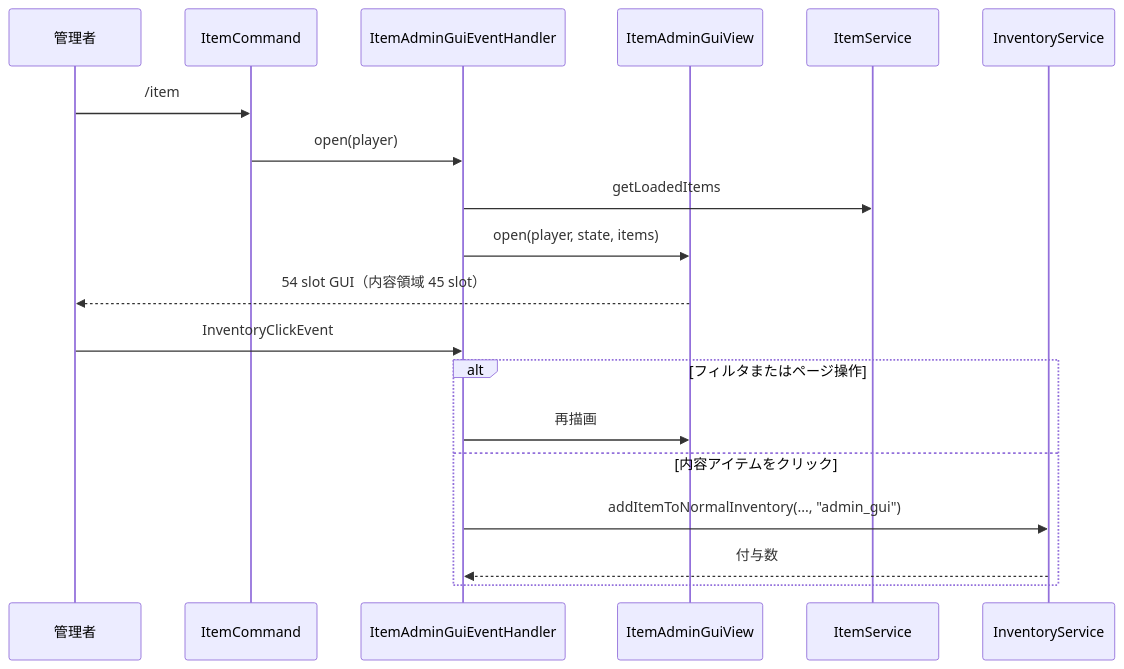
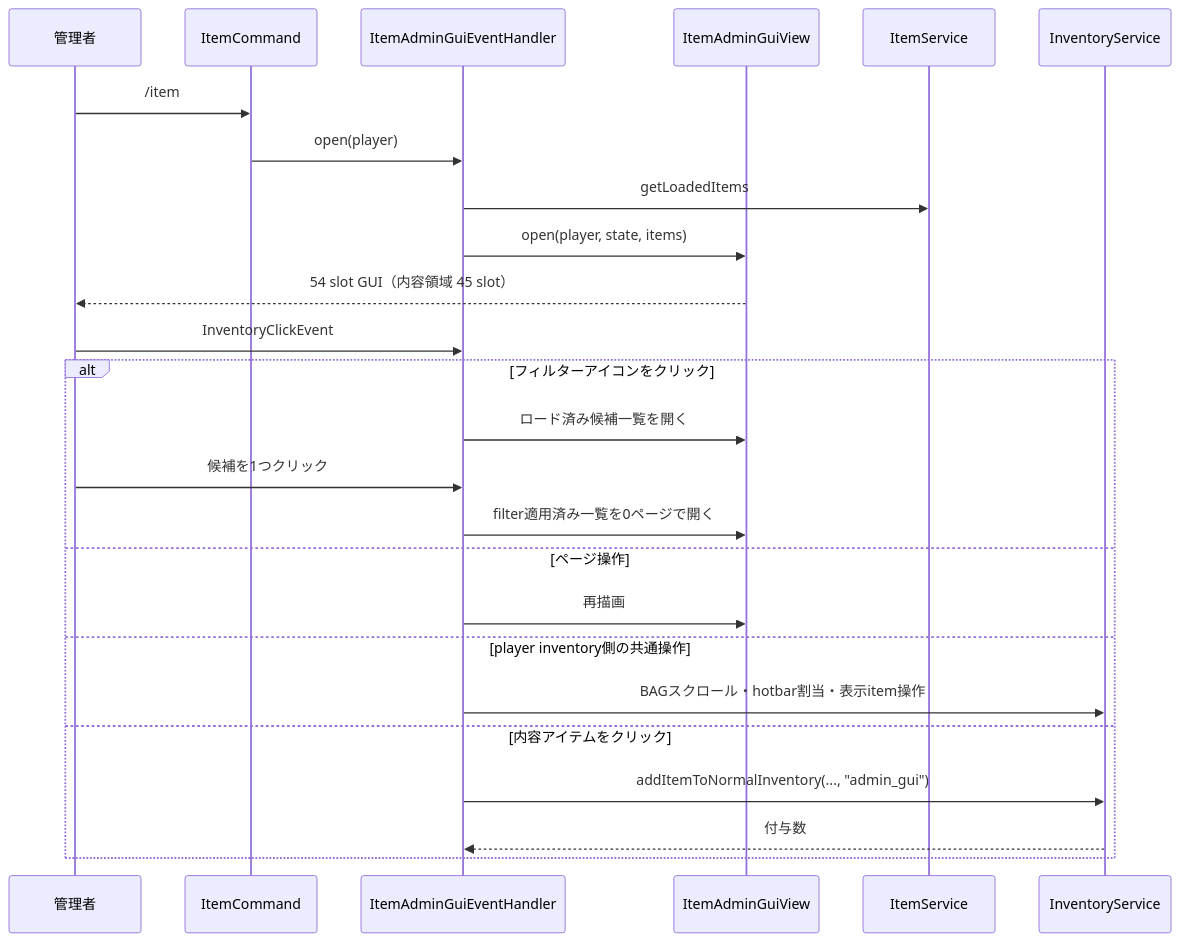
One commit to maaasu/AstralRecord-Workspace changed the fifth of 8 diagrams in 00_docs/10_Plugin設計書/feature/04-item/04_4-統合フロー.md. Above: the diagram before and after it, drawn with Mermaid. The commit also changed other lines of this file and 5 other files, not shown here.

````diff
--- a/00_docs/10_Plugin設計書/feature/04-item/04_4-統合フロー.md
+++ b/00_docs/10_Plugin設計書/feature/04-item/04_4-統合フロー.md
@@ -163,22 +163,28 @@
 ```mermaid
 sequenceDiagram
     participant P as 管理者
     participant C as ItemCommand
     participant H as ItemAdminGuiEventHandler
     participant V as ItemAdminGuiView
     participant IS as ItemService
     participant IV as InventoryService
 
     P->>C: /item
     C->>H: open(player)
     H->>IS: getLoadedItems
     H->>V: open(player, state, items)
     V-->>P: 54 slot GUI（内容領域 45 slot）
     P->>H: InventoryClickEvent
-    alt フィルタまたはページ操作
+    alt フィルターアイコンをクリック
+        H->>V: ロード済み候補一覧を開く
+        P->>H: 候補を1つクリック
+        H->>V: filter適用済み一覧を0ページで開く
+    else ページ操作
         H->>V: 再描画
+    else player inventory側の共通操作
+        H->>IV: BAGスクロール・hotbar割当・表示item操作
     else 内容アイテムをクリック
         H->>IV: addItemToNormalInventory(..., "admin_gui")
         IV-->>H: 付与数
     end
 ```
````
